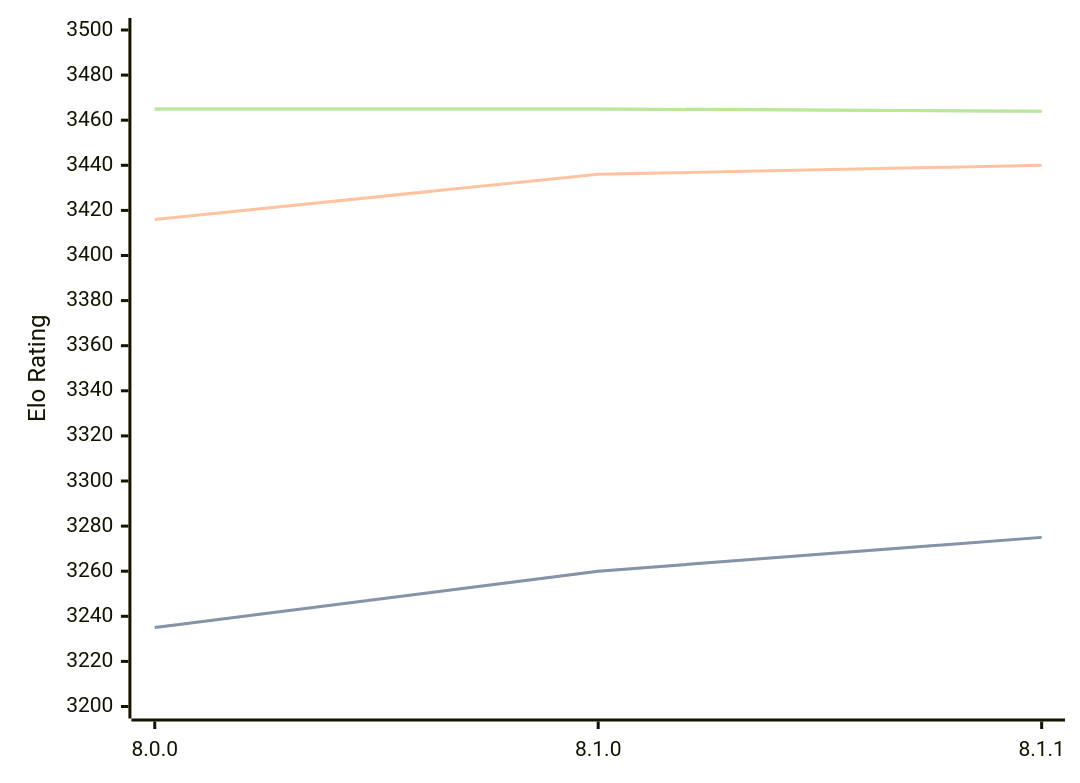
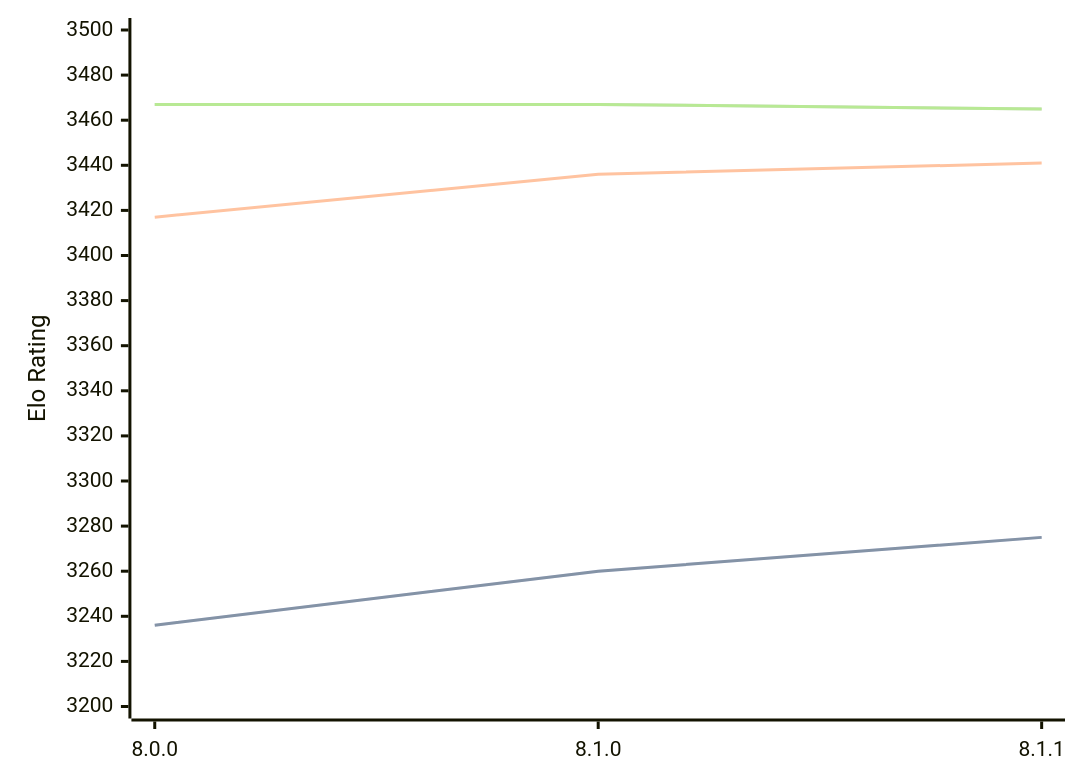
One commit to computer-chess-index/cci changed the diagram in engines/Velvet.md. Above: the diagram before and after it, drawn with Mermaid. The commit also changed other lines of this file, not shown here.

Commit message:
Update CCI Ratings (ELO VLTC) - 2026-08-19

````diff
--- a/engines/Velvet.md
+++ b/engines/Velvet.md
@@ -33,11 +33,11 @@
 ```mermaid
 %%{init: {"theme":"base","themeVariables":{"seriesColors:['#a3a3a3','#222221','#faa371']}}}%%
 xychart-beta
   x-axis ["8.0.0", "8.1.0", "8.1.1"]
   y-axis "Elo Rating" 3200 --> 3500
-  line "STC (8.0+0.08s)" [3235, 3260, 3275]
-  line "STC (8.0+0.08s)" [3235, 3260, 3275]
-  line "LTC (60.0+0.60s)" [3416, 3436, 3440]
-  line "VLTC (2m24s+1.12s)" [3465, 3465, 3464]
-  line "VLTC (2m24s+1.12s)" [3465, 3465, 3464]
+  line "STC (8.0+0.08s)" [3236, 3260, 3275]
+  line "STC (8.0+0.08s)" [3236, 3260, 3275]
+  line "LTC (60.0+0.60s)" [3417, 3436, 3441]
+  line "VLTC (2m24s+1.12s)" [3467, 3467, 3465]
+  line "VLTC (2m24s+1.12s)" [3467, 3467, 3465]
 ```
````
